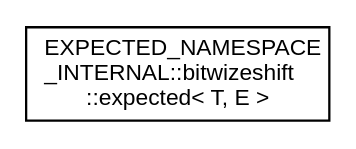
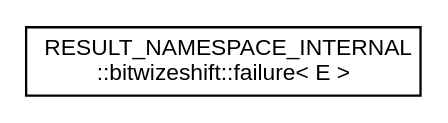
The diagram in api/latest/inherit_graph_22.dot (bitwizeshift/result), drawn with Graphviz before and after one commit. The commit also changed 431 other files, not shown here.

```diff
--- a/api/latest/inherit_graph_22.dot
+++ b/api/latest/inherit_graph_22.dot
@@ -1,7 +1,7 @@
 digraph "Graphical Class Hierarchy"
 {
   edge [fontname="Helvetica",fontsize="10",labelfontname="Helvetica",labelfontsize="10"];
   node [fontname="Helvetica",fontsize="10",shape=record];
   rankdir="LR";
-  Node0 [label="EXPECTED_NAMESPACE\l_INTERNAL::bitwizeshift\l::expected\< T, E \>",height=0.2,width=0.4,color="black", fillcolor="white", style="filled",URL="$df/d25/class_e_x_p_e_c_t_e_d___n_a_m_e_s_p_a_c_e___i_n_t_e_r_n_a_l_1_1bitwizeshift_1_1expected.html",tooltip="The class template expected manages expected results from APIs, while encoding possible failure condi..."];
+  Node0 [label="RESULT_NAMESPACE_INTERNAL\l::bitwizeshift::failure\< E \>",height=0.2,width=0.4,color="black", fillcolor="white", style="filled",URL="$da/dc4/class_r_e_s_u_l_t___n_a_m_e_s_p_a_c_e___i_n_t_e_r_n_a_l_1_1bitwizeshift_1_1failure.html",tooltip="A semantic type used for distinguishing failure values in an API that returns result types..."];
 }
```
